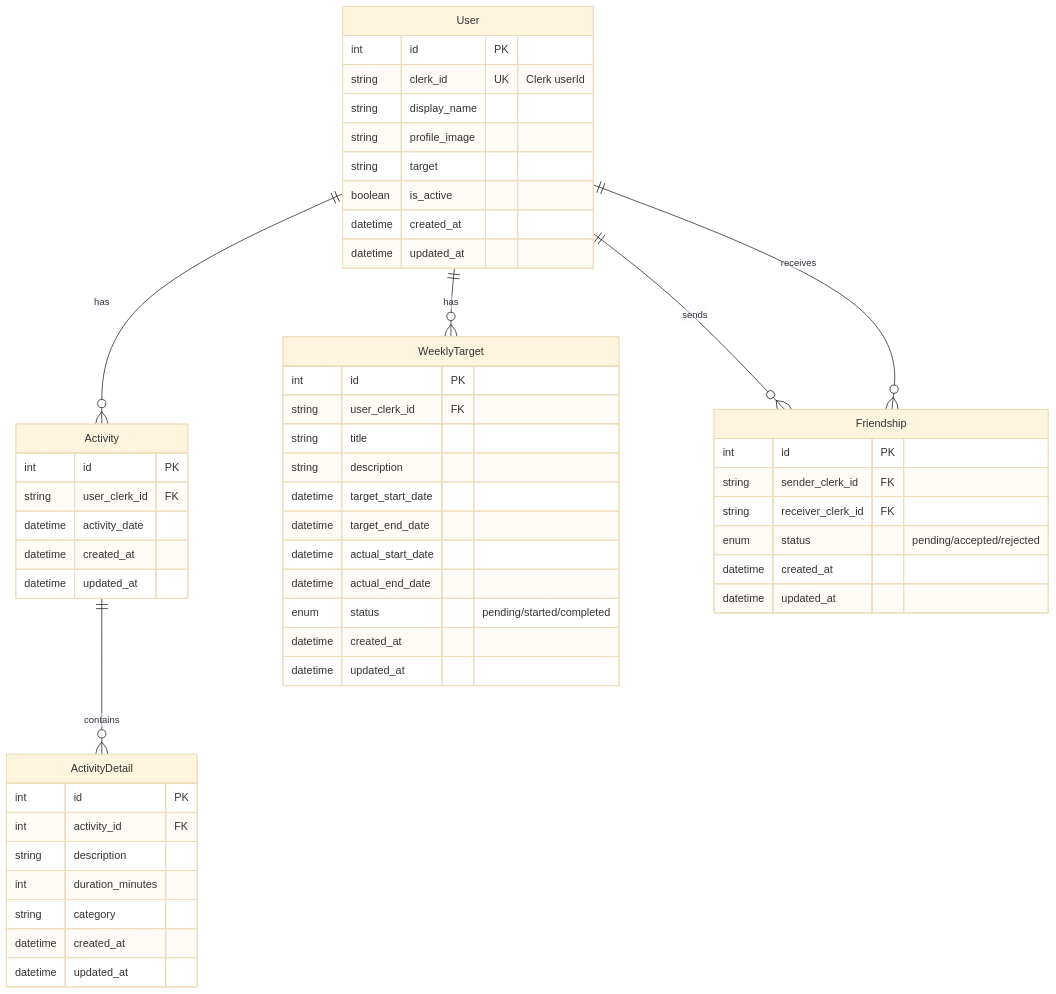
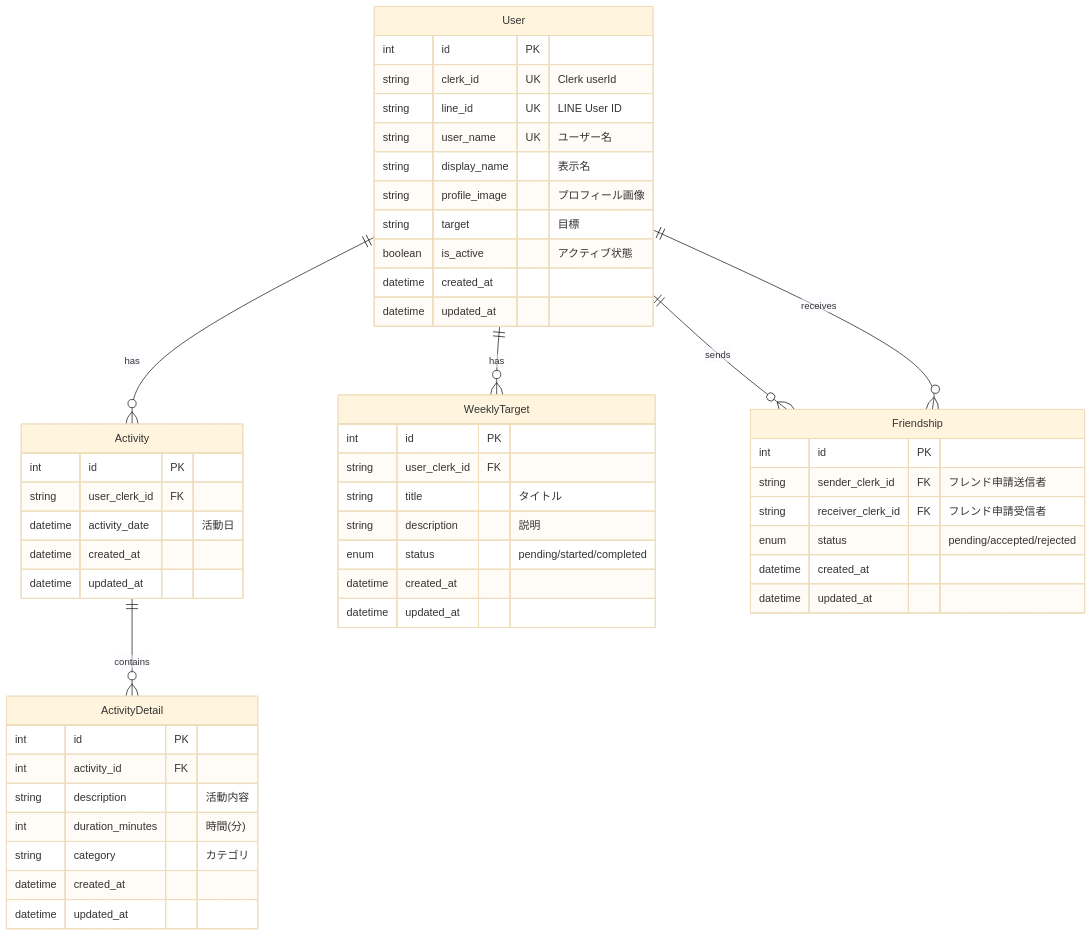
Before and after one commit to renokazaki/ActiveLink: the diagram in README.md, drawn with Mermaid (base theme). The commit also changed other lines of this file, not shown here.

````diff
--- a/README.md
+++ b/README.md
@@ -63,60 +134,58 @@
 ```mermaid
 erDiagram
     User ||--o{ Activity : "has"
     User ||--o{ WeeklyTarget : "has"
     User ||--o{ Friendship : "sends"
     User ||--o{ Friendship : "receives"
     Activity ||--o{ ActivityDetail : "contains"
     
     User {
         int id PK
         string clerk_id UK "Clerk userId"
-        string display_name
-        string profile_image
-        string target
-        boolean is_active
+        string line_id UK "LINE User ID"
+        string user_name UK "ユーザー名"
+        string display_name "表示名"
+        string profile_image "プロフィール画像"
+        string target "目標"
+        boolean is_active "アクティブ状態"
         datetime created_at
         datetime updated_at
     }
     
     Activity {
         int id PK
         string user_clerk_id FK
-        datetime activity_date
+        datetime activity_date "活動日"
         datetime created_at
         datetime updated_at
     }
     
     ActivityDetail {
         int id PK
         int activity_id FK
-        string description
-        int duration_minutes
-        string category
+        string description "活動内容"
+        int duration_minutes "時間(分)"
+        string category "カテゴリ"
         datetime created_at
         datetime updated_at
     }
     
     WeeklyTarget {
         int id PK
         string user_clerk_id FK
-        string title
-        string description
-        datetime target_start_date
-        datetime target_end_date
-        datetime actual_start_date
-        datetime actual_end_date
+        string title "タイトル"
+        string description "説明"
         enum status "pending/started/completed"
         datetime created_at
         datetime updated_at
     }
     
     Friendship {
         int id PK
-        string sender_clerk_id FK
-        string receiver_clerk_id FK
+        string sender_clerk_id FK "フレンド申請送信者"
+        string receiver_clerk_id FK "フレンド申請受信者"
         enum status "pending/accepted/rejected"
         datetime created_at
         datetime updated_at
     }
 ```
````
